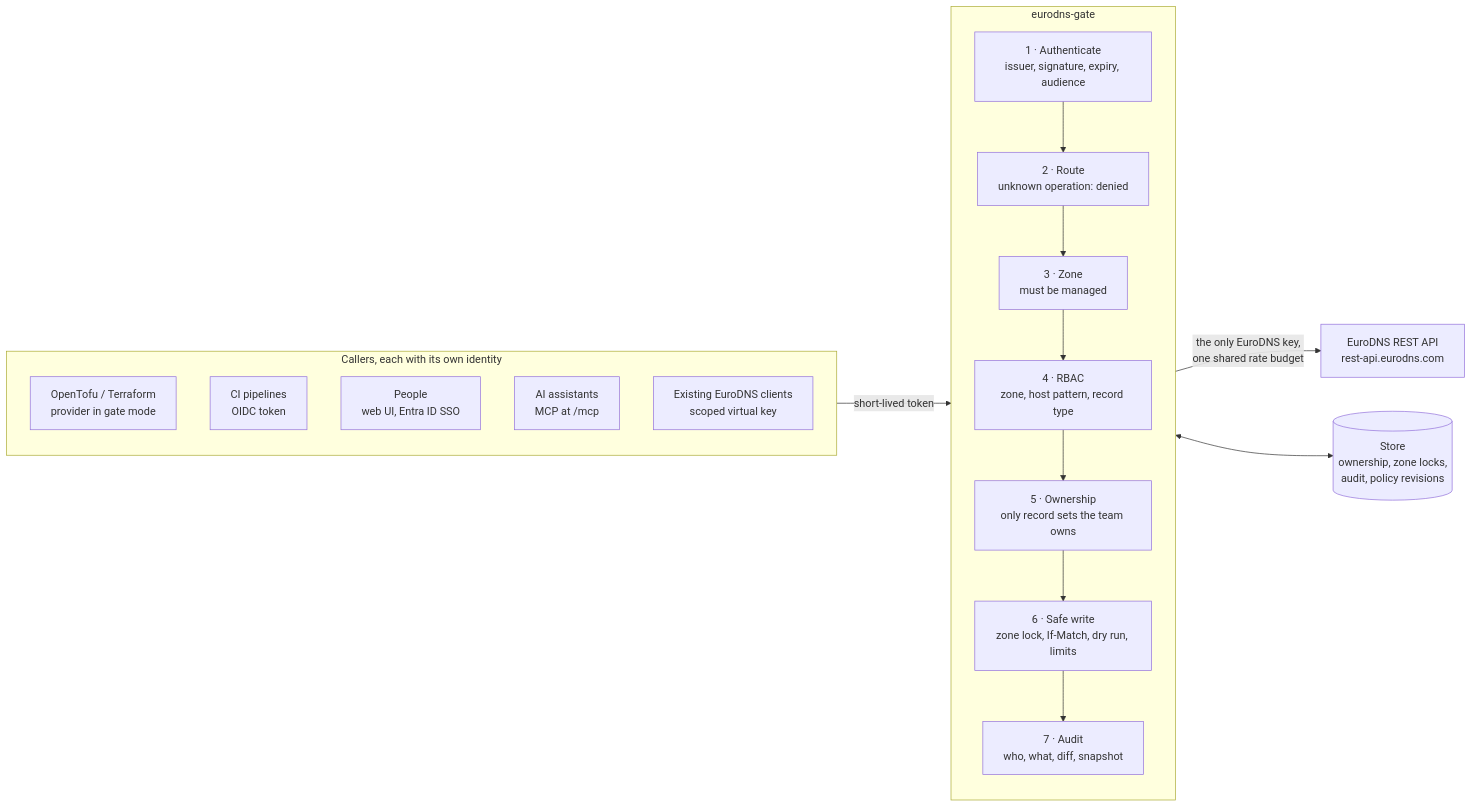
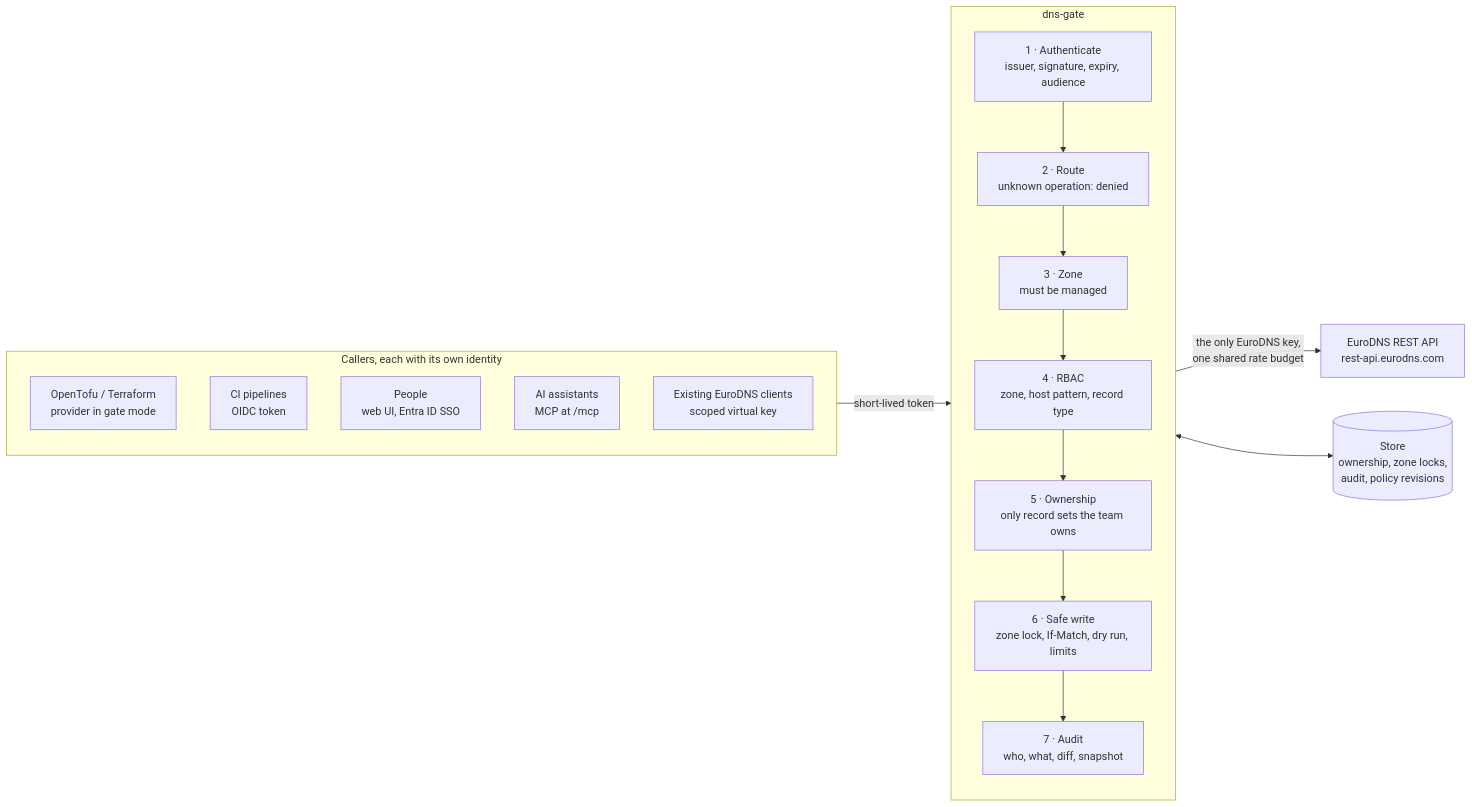
One commit to KamorionLabs/dns-gate changed the first of 2 diagrams in README.md. Above: the diagram before and after it, drawn with Mermaid. The commit also changed other lines of this file and 107 other files, not shown here.

Commit message:
refactor: rename the project to dns-gate and add the provider-neutral DNS model and provider contract

````diff
--- a/README.md
+++ b/README.md
@@ -64,30 +64,30 @@
 ```mermaid
 flowchart LR
   subgraph callers["Callers, each with its own identity"]
     direction TB
     tf["OpenTofu / Terraform<br/>provider in gate mode"]
     ci["CI pipelines<br/>OIDC token"]
     people["People<br/>web UI, Entra ID SSO"]
     agents["AI assistants<br/>MCP at /mcp"]
     legacy["Existing EuroDNS clients<br/>scoped virtual key"]
   end
 
-  subgraph gate["eurodns-gate"]
+  subgraph gate["dns-gate"]
     direction TB
     authn["1 · Authenticate<br/>issuer, signature, expiry, audience"]
     route["2 · Route<br/>unknown operation: denied"]
     zone["3 · Zone<br/>must be managed"]
     rbac["4 · RBAC<br/>zone, host pattern, record type"]
     own["5 · Ownership<br/>only record sets the team owns"]
     write["6 · Safe write<br/>zone lock, If-Match, dry run, limits"]
     audit["7 · Audit<br/>who, what, diff, snapshot"]
     authn --> route --> zone --> rbac --> own --> write --> audit
   end
 
   store[("Store<br/>ownership, zone locks,<br/>audit, policy revisions")]
   eurodns["EuroDNS REST API<br/>rest-api.eurodns.com"]
 
   callers -- "short-lived token" --> gate
   gate -- "the only EuroDNS key,<br/>one shared rate budget" --> eurodns
   gate <--> store
 ```
````
